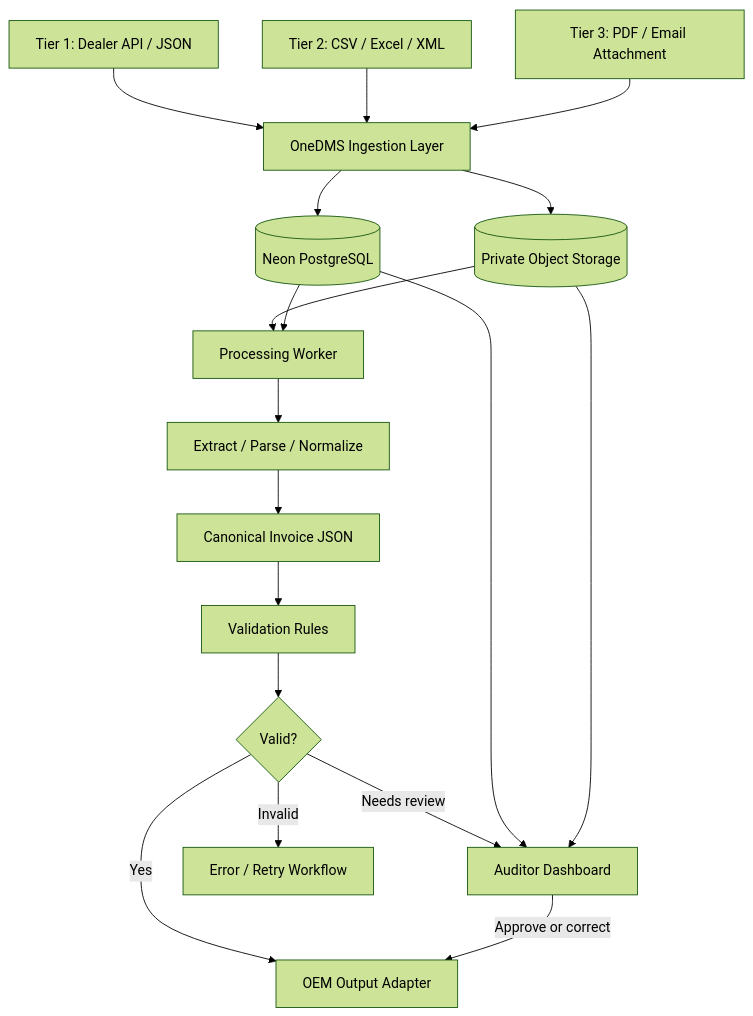
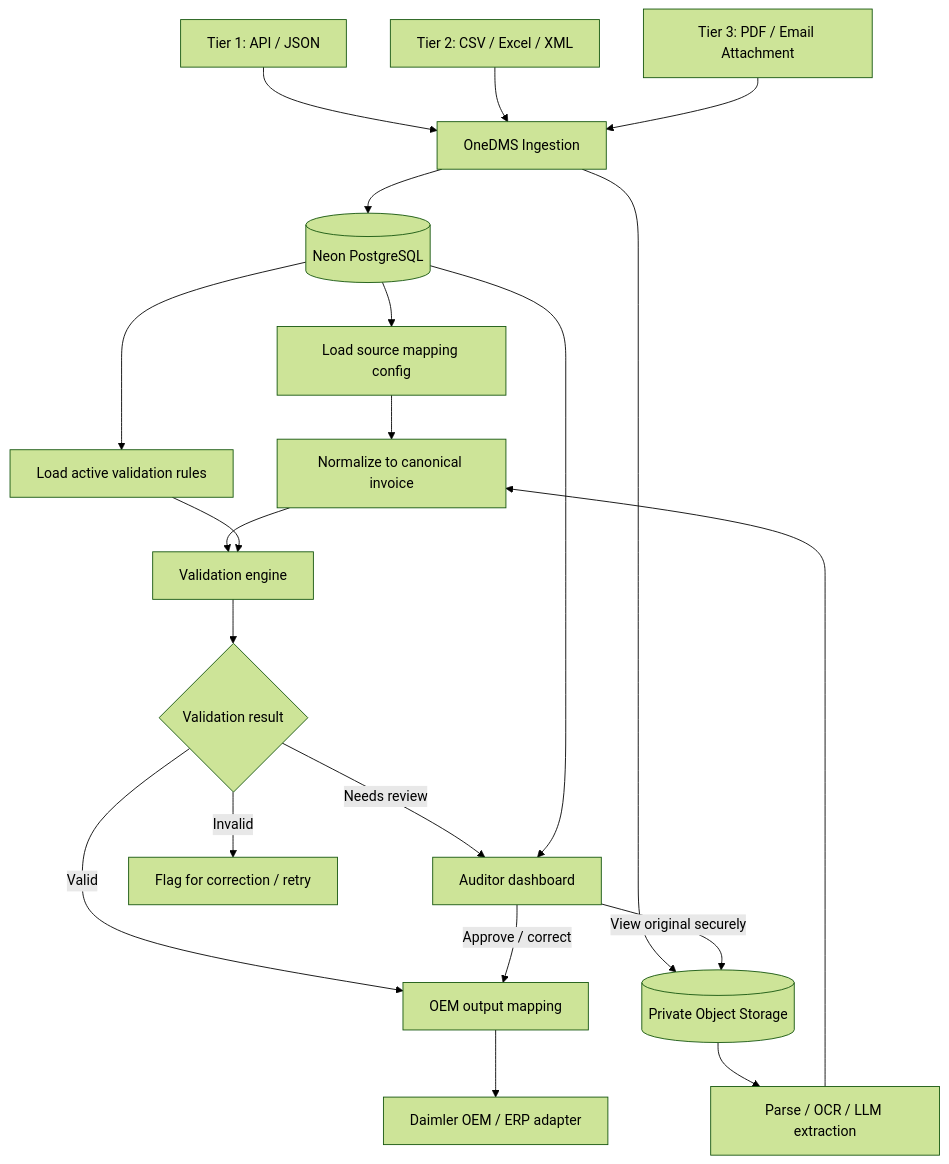
One commit to vasu1303/OneDMS changed the first of 3 diagrams in docs/architecture/OneDMS_Database_Design.md. Above: the diagram before and after it, drawn with Mermaid (forest theme). The commit also changed other lines of this file and 7 other files, not shown here.

First line of the commit message:
feat: Implement database setup script for legacy schema conversion and final schema application

````diff
--- a/docs/architecture/OneDMS_Database_Design.md
+++ b/docs/architecture/OneDMS_Database_Design.md
@@ -26,28 +17,27 @@
 ```mermaid
 flowchart TD
-    A["Tier 1: Dealer API / JSON"]
-    B["Tier 2: CSV / Excel / XML"]
-    C["Tier 3: PDF / Email Attachment"]
+    A["Tier 1: API / JSON"] --> I["OneDMS Ingestion"]
+    B["Tier 2: CSV / Excel / XML"] --> I
+    C["Tier 3: PDF / Email Attachment"] --> I
 
-    A --> D["OneDMS Ingestion Layer"]
-    B --> D
-    C --> D
+    I --> DB[("Neon PostgreSQL")]
+    I --> OS[("Private Object Storage")]
 
-    D --> E[("Neon PostgreSQL")]
-    D --> F[("Private Object Storage")]
+    DB --> MAP["Load source mapping config"]
+    OS --> EXT["Parse / OCR / LLM extraction"]
+    MAP --> NORM["Normalize to canonical invoice"]
+    EXT --> NORM
+    NORM --> VAL["Validation engine"]
+    DB --> RULES["Load active validation rules"]
+    RULES --> VAL
 
-    F --> G["Processing Worker"]
-    E --> G
-    G --> H["Extract / Parse / Normalize"]
-    H --> I["Canonical Invoice JSON"]
-    I --> J["Validation Rules"]
-    J --> K{"Valid?"}
+    VAL --> DEC{"Validation result"}
+    DEC -->|Valid| OUT["OEM output mapping"]
+    DEC -->|Needs review| REVIEW["Auditor dashboard"]
+    DEC -->|Invalid| ERR["Flag for correction / retry"]
+    OUT --> OEM["Daimler OEM / ERP adapter"]
 
-    K -->|Yes| L["OEM Output Adapter"]
-    K -->|Needs review| M["Auditor Dashboard"]
-    K -->|Invalid| N["Error / Retry Workflow"]
-    M -->|Approve or correct| L
-
-    E --> M
-    F --> M
+    DB --> REVIEW
+    REVIEW -->|View original securely| OS
+    REVIEW -->|Approve / correct| OUT
 ```
````
